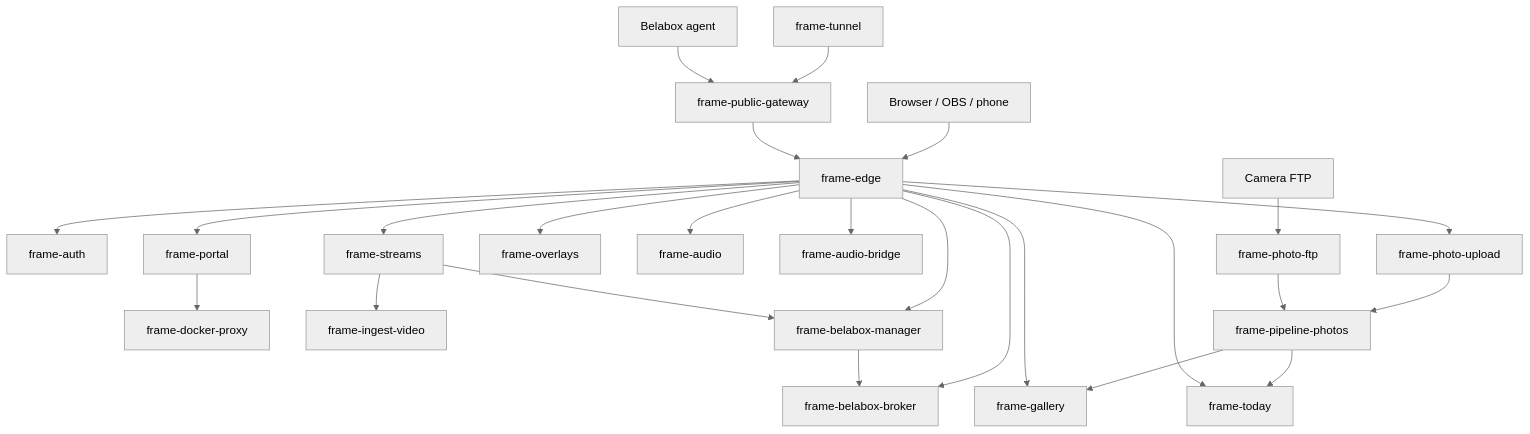
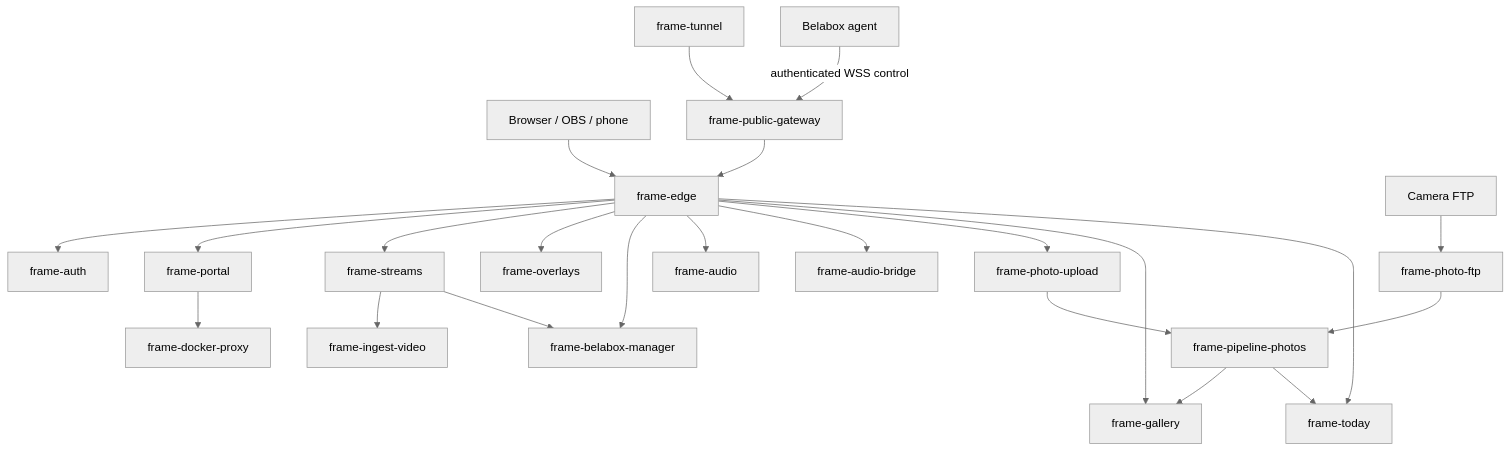
One commit to gall-levi-code/Syronius_FRAME changed the diagram in README.md. Above: the diagram before and after it, drawn with Mermaid (neutral theme). The commit also changed other lines of this file and 33 other files, not shown here.

Commit message:
Replace Belabox MQTT with WSS control and add Mixer proxy

````diff
--- a/README.md
+++ b/README.md
@@ -190,32 +193,30 @@
 ```mermaid
 flowchart TD
   operator["Browser / OBS / phone"] --> edge["frame-edge"]
   edge --> auth["frame-auth"]
   edge --> portal["frame-portal"]
   portal --> dockerProxy["frame-docker-proxy"]
 
   tunnel["frame-tunnel"] --> publicGateway["frame-public-gateway"]
   publicGateway --> edge
 
   edge --> streams["frame-streams"]
   streams --> ingestVideo["frame-ingest-video"]
   edge --> overlays["frame-overlays"]
 
-  belabox["Belabox agent"] --> publicGateway
-  edge --> belaboxBroker["frame-belabox-broker"]
-  belaboxManager["frame-belabox-manager"] --> belaboxBroker
-  edge --> belaboxManager
+  belabox["Belabox agent"] -->|"authenticated WSS control"| publicGateway
+  edge --> belaboxManager["frame-belabox-manager"]
   streams --> belaboxManager
 
   edge --> audio["frame-audio"]
   edge --> audioBridge["frame-audio-bridge"]
 
   edge --> photoUpload["frame-photo-upload"]
   camera["Camera FTP"] --> photoFtp["frame-photo-ftp"]
   photoUpload --> photoPipeline["frame-pipeline-photos"]
   photoFtp --> photoPipeline
   photoPipeline --> gallery["frame-gallery"]
   photoPipeline --> today["frame-today"]
   edge --> gallery
   edge --> today
 ```
````
